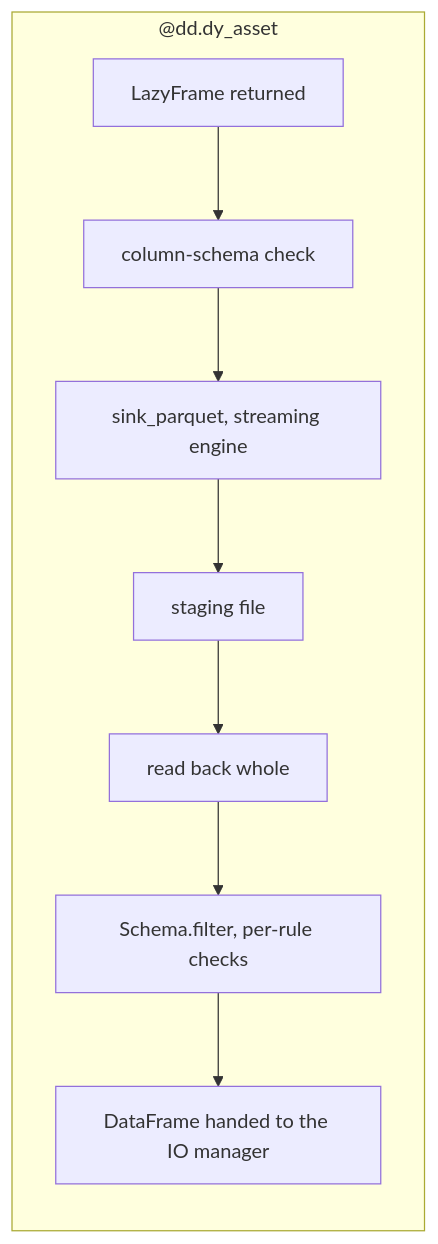
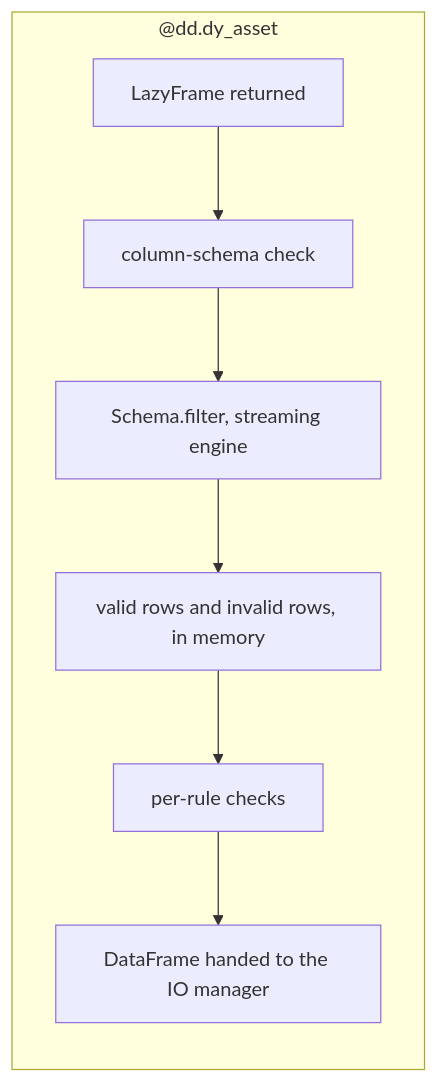
The diagram in README.md (ozanozbeker/dagster-dataframely), drawn with Mermaid before and after one commit. The commit also changed other lines of this file and 12 other files, not shown here.

First line of the commit message:
refactor!: run the split on the streaming engine and delete disk staging

````diff
--- a/README.md
+++ b/README.md
@@ -665,12 +665,11 @@
 ```mermaid
 flowchart TB
     subgraph validated["@dd.dy_asset"]
         direction TB
         V1["LazyFrame returned"] --> V2["column-schema check"]
-        V2 --> V3["sink_parquet, streaming engine"]
-        V3 --> V4["staging file"]
-        V4 --> V5["read back whole"]
-        V5 --> V6["Schema.filter, per-rule checks"]
-        V6 --> V7["DataFrame handed to the IO manager"]
+        V2 --> V3["Schema.filter, streaming engine"]
+        V3 --> V4["valid rows and invalid rows, in memory"]
+        V4 --> V5["per-rule checks"]
+        V5 --> V6["DataFrame handed to the IO manager"]
     end
 ```
````
